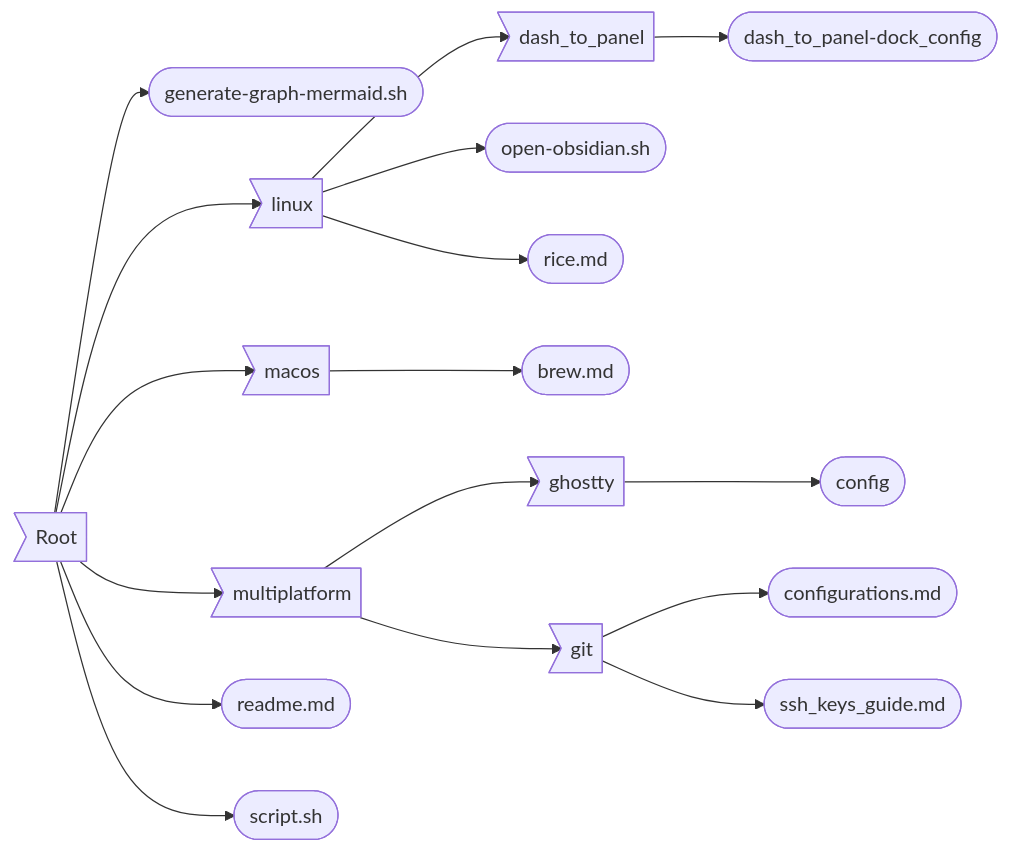
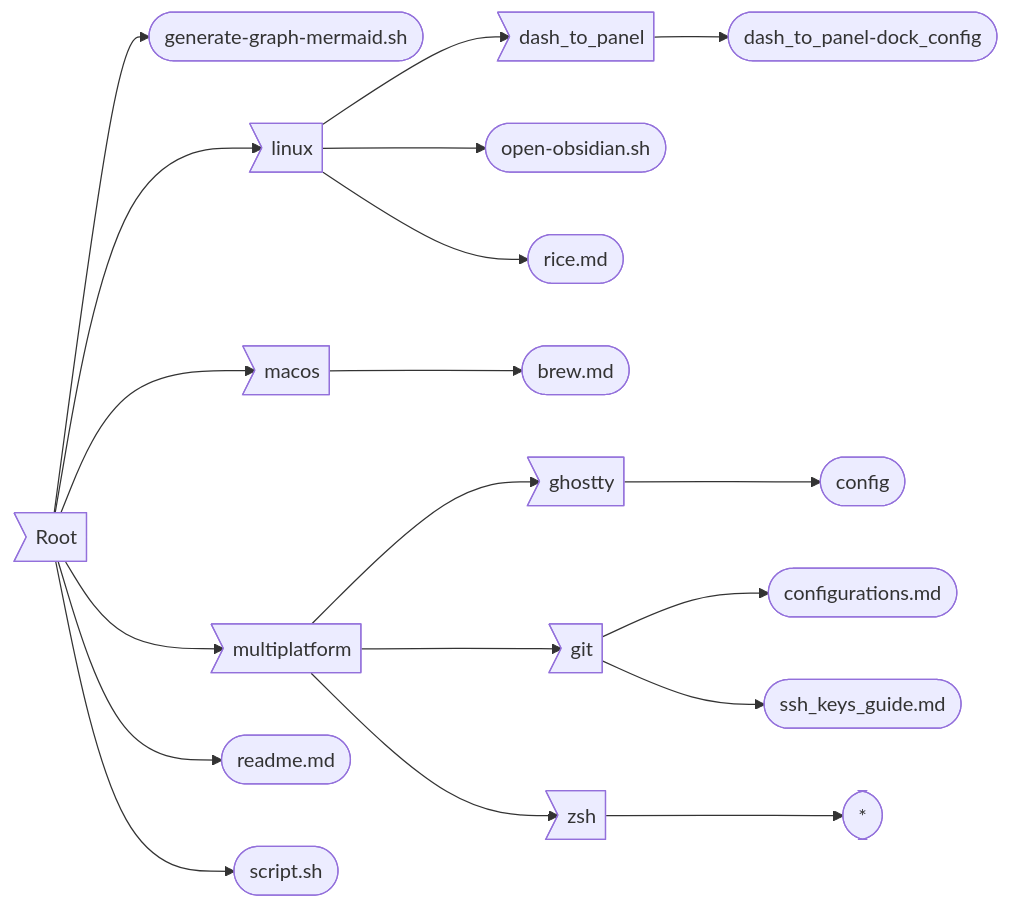
The diagram in readme.md (tylerwhite-dev/dotfiles), drawn with Mermaid before and after one commit. The commit also changed 2 other files, not shown here.

Commit message:
feat: zsh configuration

````diff
--- a/readme.md
+++ b/readme.md
@@ -1,20 +1,22 @@
 ```mermaid
 graph LR;
     Root[.]
     Root>Root] --> generate-graph-mermaid.sh([generate-graph-mermaid.sh])
     Root>Root] --> linux>linux]
     linux>linux] --> dash_to_panel>dash_to_panel]
     dash_to_panel>dash_to_panel] --> dash_to_panel-dock_config([dash_to_panel-dock_config])
     linux>linux] --> open-obsidian.sh([open-obsidian.sh])
     linux>linux] --> rice.md([rice.md])
     Root>Root] --> macos>macos]
     macos>macos] --> brew.md([brew.md])
     Root>Root] --> multiplatform>multiplatform]
     multiplatform>multiplatform] --> ghostty>ghostty]
     ghostty>ghostty] --> config([config])
     multiplatform>multiplatform] --> git>git]
     git>git] --> configurations.md([configurations.md])
     git>git] --> ssh_keys_guide.md([ssh_keys_guide.md])
+    multiplatform>multiplatform] --> zsh>zsh]
+    zsh>zsh] --> *([*])
     Root>Root] --> readme.md([readme.md])
     Root>Root] --> script.sh([script.sh])
 ```
````
